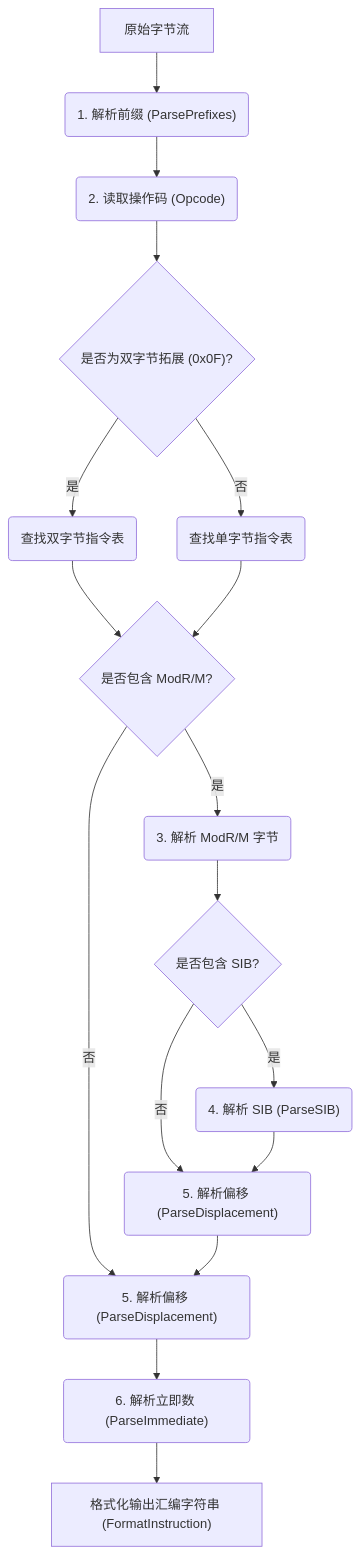
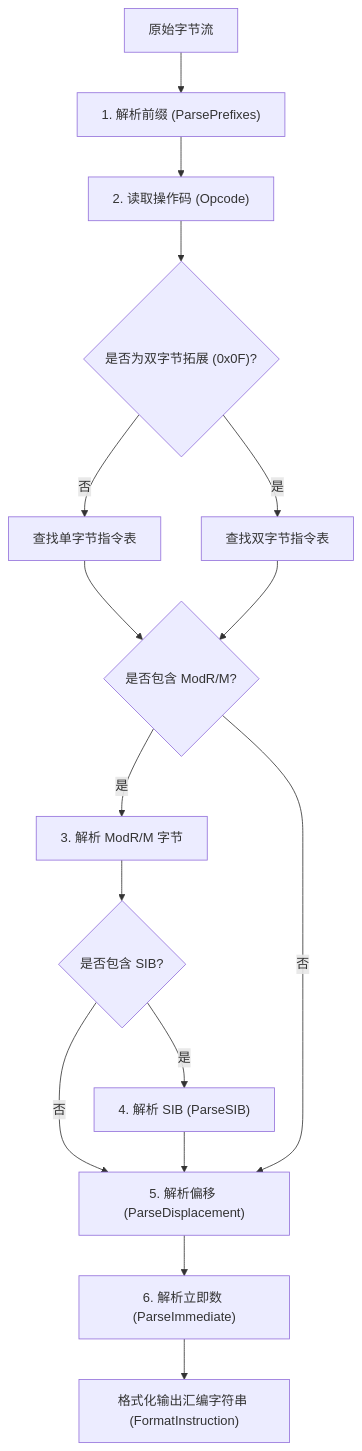
The third of 3 diagrams in README.md (handshine/Core-x86-Disassembler), drawn with Mermaid before and after one commit. The commit also changed other lines of this file, not shown here.

````diff
--- a/README.md
+++ b/README.md
@@ -105,19 +206,24 @@
 ```mermaid
 graph TD
-    A["原始字节流"] --> B("1. 解析前缀 (ParsePrefixes)")
-    B --> C("2. 读取操作码 (Opcode)")
-    C --> D{"是否为双字节拓展 (0x0F)?"}
-    D -- "是" --> E("查找双字节指令表")
-    D -- "否" --> F("查找单字节指令表")
-    E --> G{"是否包含 ModR/M?"}
-    F --> G
-    G -- "是" --> H("3. 解析 ModR/M 字节")
-    H --> I{"是否包含 SIB?"}
-    I -- "是" --> J("4. 解析 SIB (ParseSIB)")
-    I -- "否" --> K("5. 解析偏移 (ParseDisplacement)")
-    J --> K
-    G -- "否" --> L("5. 解析偏移 (ParseDisplacement)")
-    K --> L
-    L --> M("6. 解析立即数 (ParseImmediate)")
-    M --> N["格式化输出汇编字符串 (FormatInstruction)"]
+    Start["原始字节流"] --> ParsePrefix["1. 解析前缀 (ParsePrefixes)"]
+    ParsePrefix --> ReadOpcode["2. 读取操作码 (Opcode)"]
+    ReadOpcode --> Check0F{"是否为双字节拓展 (0x0F)?"}
+
+    Check0F -- "是" --> Table2["查找双字节指令表"]
+    Check0F -- "否" --> Table1["查找单字节指令表"]
+
+    Table1 --> HasModRM{"是否包含 ModR/M?"}
+    Table2 --> HasModRM
+
+    HasModRM -- "是" --> ParseModRM["3. 解析 ModR/M 字节"]
+    ParseModRM --> HasSIB{"是否包含 SIB?"}
+
+    HasSIB -- "是" --> ParseSIB["4. 解析 SIB (ParseSIB)"]
+    HasSIB -- "否" --> ParseDisp["5. 解析偏移 (ParseDisplacement)"]
+    ParseSIB --> ParseDisp
+
+    HasModRM -- "否" --> ParseDisp
+
+    ParseDisp --> ParseImm["6. 解析立即数 (ParseImmediate)"]
+    ParseImm --> Format["格式化输出汇编字符串 (FormatInstruction)"]
 ```
````
